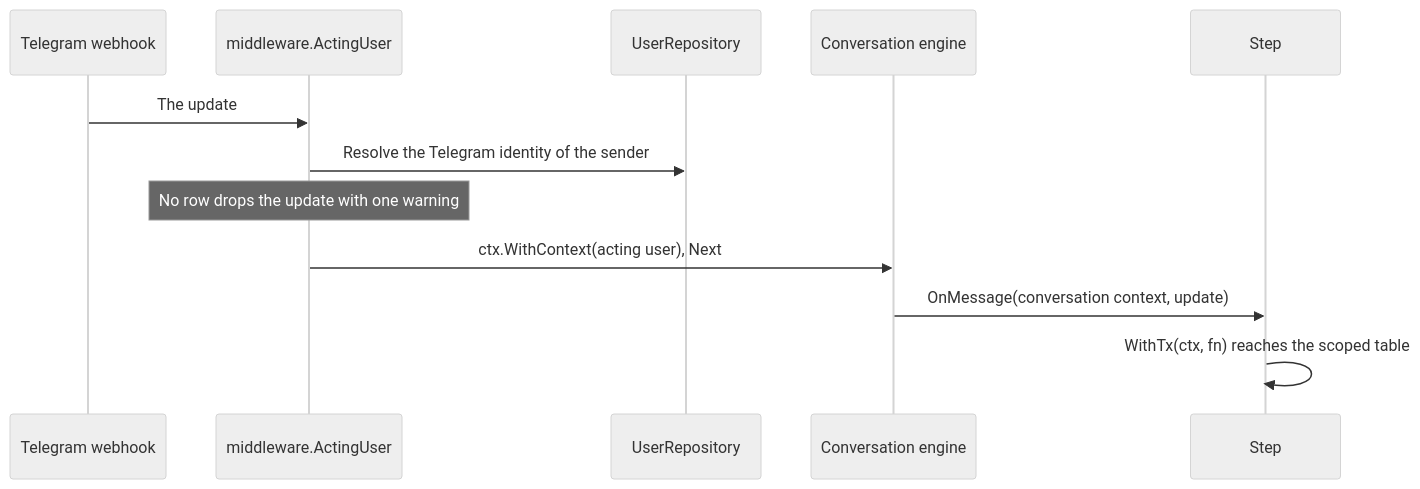
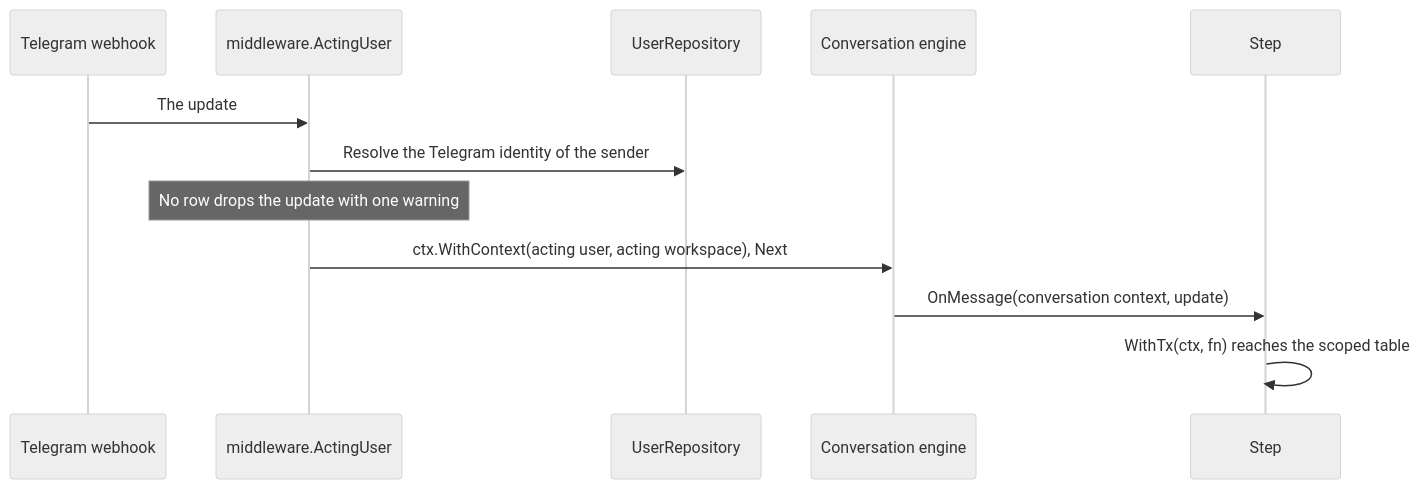
The second of 3 diagrams in specs/features/ident/spec.md (ABGEO/maroid), drawn with Mermaid (neutral theme) before and after one commit. The commit also changed other lines of this file and 38 other files, not shown here.

````diff
--- a/specs/features/ident/spec.md
+++ b/specs/features/ident/spec.md
@@ -244,15 +264,15 @@
 ```mermaid
 sequenceDiagram
     participant T as Telegram webhook
     participant M as middleware.ActingUser
     participant R as UserRepository
     participant E as Conversation engine
     participant S as Step
 
     T->>M: The update
         M->>R: Resolve the Telegram identity of the sender
     Note over M: No row drops the update with one warning
-    M->>E: ctx.WithContext(acting user), Next
+    M->>E: ctx.WithContext(acting user, acting workspace), Next
     E->>S: OnMessage(conversation context, update)
     S->>S: WithTx(ctx, fn) reaches the scoped table
 ```
````
